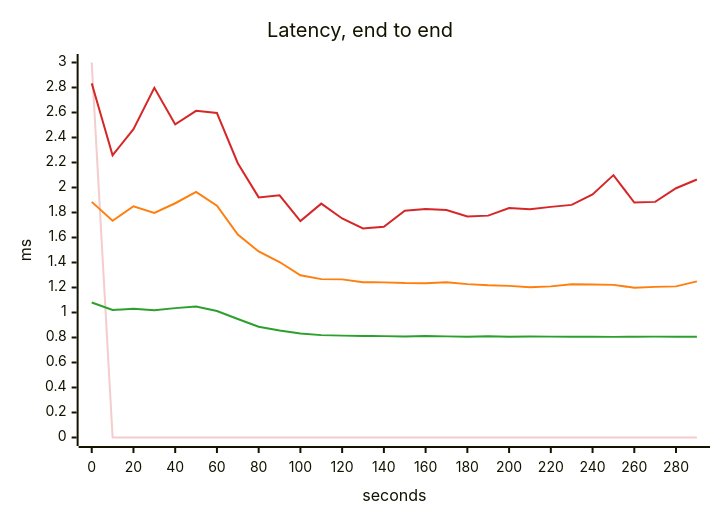
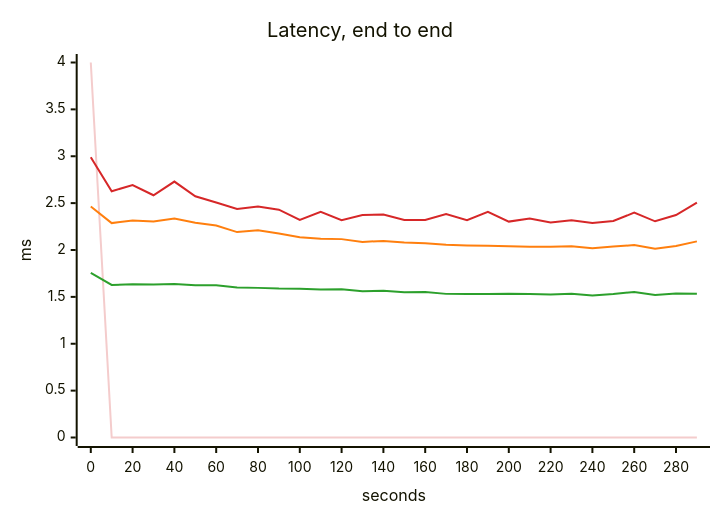
The third of 5 diagrams in scenarios/backed-up-queue/solutions/more-runners/report.md (akinfemi/load-lore), drawn with Mermaid before and after one commit. The commit also changed other lines of this file and 71 other files, not shown here.

````diff
--- a/scenarios/backed-up-queue/solutions/more-runners/report.md
+++ b/scenarios/backed-up-queue/solutions/more-runners/report.md
@@ -62,17 +62,17 @@
 ```mermaid
 ---
 config:
   themeVariables:
     xyChart:
       backgroundColor: "transparent"
       plotColorPalette: "#f4cccc, #2ca02c, #ff7f0e, #d62728"
 ---
 xychart-beta
     title "Latency, end to end"
     x-axis "seconds" 0 --> 290
-    y-axis "ms" 0 --> 3
-    line [3, 0, 0, 0, 0, 0, 0, 0, 0, 0, 0, 0, 0, 0, 0, 0, 0, 0, 0, 0, 0, 0, 0, 0, 0, 0, 0, 0, 0, 0]
-    line [1.08, 1.02, 1.029, 1.019, 1.035, 1.047, 1.012, 0.948, 0.886, 0.856, 0.832, 0.819, 0.815, 0.812, 0.811, 0.809, 0.811, 0.809, 0.807, 0.81, 0.806, 0.808, 0.807, 0.807, 0.807, 0.805, 0.806, 0.807, 0.807, 0.807]
-    line [1.885, 1.734, 1.85, 1.796, 1.874, 1.965, 1.854, 1.624, 1.488, 1.404, 1.298, 1.267, 1.265, 1.242, 1.241, 1.236, 1.235, 1.241, 1.227, 1.218, 1.213, 1.202, 1.209, 1.225, 1.224, 1.221, 1.198, 1.205, 1.209, 1.249]
-    line [2.833, 2.258, 2.466, 2.798, 2.505, 2.613, 2.596, 2.194, 1.921, 1.937, 1.731, 1.871, 1.752, 1.673, 1.686, 1.814, 1.828, 1.82, 1.768, 1.775, 1.836, 1.826, 1.845, 1.861, 1.945, 2.099, 1.88, 1.885, 1.994, 2.064]
+    y-axis "ms" 0 --> 4
+    line [4, 0, 0, 0, 0, 0, 0, 0, 0, 0, 0, 0, 0, 0, 0, 0, 0, 0, 0, 0, 0, 0, 0, 0, 0, 0, 0, 0, 0, 0]
+    line [1.755, 1.628, 1.634, 1.633, 1.637, 1.625, 1.625, 1.6, 1.596, 1.589, 1.587, 1.578, 1.582, 1.561, 1.565, 1.549, 1.552, 1.532, 1.53, 1.531, 1.534, 1.531, 1.526, 1.532, 1.515, 1.53, 1.553, 1.521, 1.536, 1.533]
+    line [2.464, 2.287, 2.315, 2.304, 2.337, 2.29, 2.261, 2.191, 2.21, 2.177, 2.137, 2.12, 2.116, 2.086, 2.097, 2.081, 2.072, 2.055, 2.049, 2.046, 2.041, 2.035, 2.034, 2.041, 2.019, 2.037, 2.052, 2.013, 2.043, 2.092]
+    line [2.99, 2.627, 2.693, 2.584, 2.73, 2.573, 2.507, 2.437, 2.465, 2.43, 2.32, 2.406, 2.318, 2.373, 2.379, 2.32, 2.32, 2.384, 2.317, 2.407, 2.303, 2.336, 2.294, 2.318, 2.289, 2.309, 2.398, 2.306, 2.373, 2.506]
 ```
````
